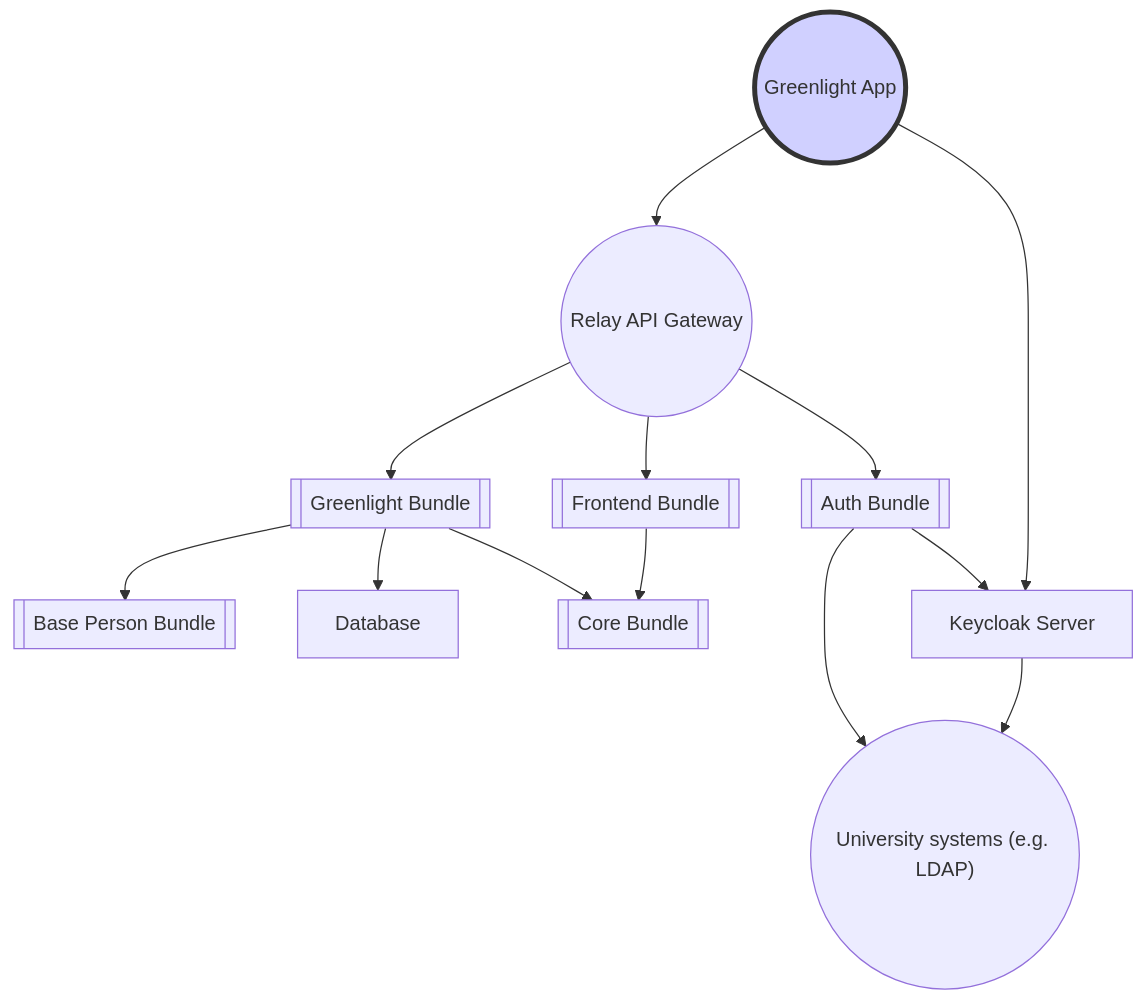
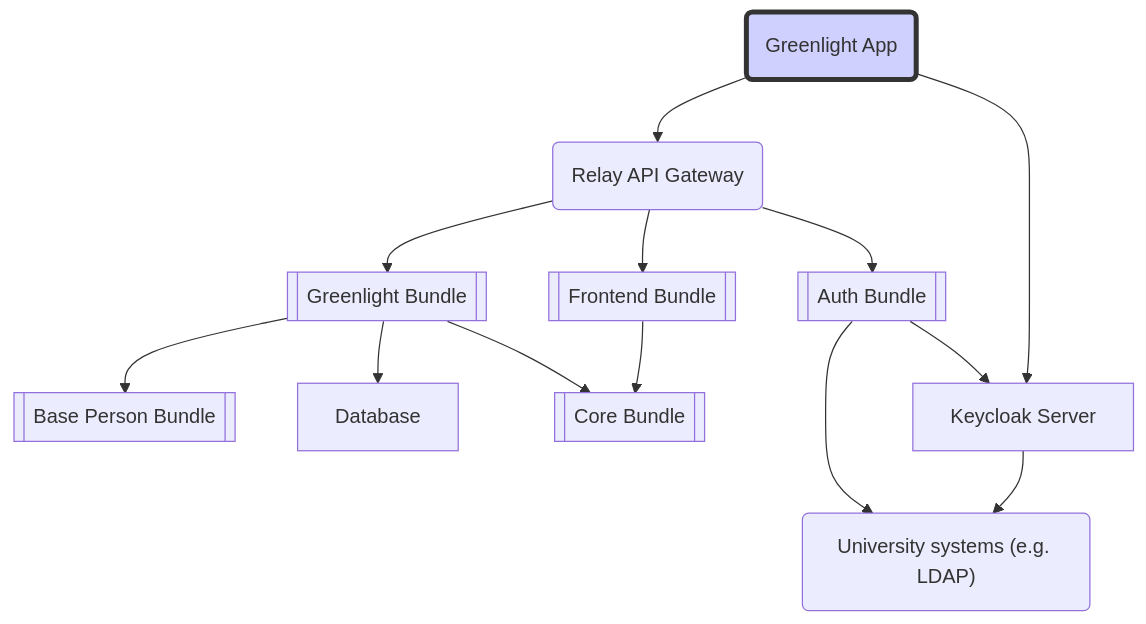
Before and after one commit to digital-blueprint/handbook: the diagram in docs/blueprints/greenlight.md, drawn with Mermaid. The commit also changed 2 other files, not shown here.

Commit message:
blueprints: remove the mermaid links for now
they are all broken, but the targets don't have a fixed position yet,
so just remove them for now

````diff
--- a/docs/blueprints/greenlight.md
+++ b/docs/blueprints/greenlight.md
@@ -31,25 +31,17 @@
 ```{.mermaid style="max-width:600px; margin: auto"}
 graph TB
-    frontend((Greenlight App))-->relay((Relay API Gateway))
+    frontend(Greenlight App)-->relay(Relay API Gateway)
     frontend-->keycloak[Keycloak Server]
     relay-->greenlight-bundle[[Greenlight Bundle]]
     relay-->frontend-bundle[[Frontend Bundle]]
     relay-->auth-bundle[[Auth Bundle]]
     greenlight-bundle-->base-person-bundle[[Base Person Bundle]]
     greenlight-bundle-->database[Database]
     greenlight-bundle-->core-bundle[[Core Bundle]]
     frontend-bundle-->core-bundle
-    auth-bundle-->local-system(("University systems (e.g. LDAP)"))
+    auth-bundle-->local-system("University systems (e.g. LDAP)")
     auth-bundle-->keycloak
     keycloak-->local-system
 
     style frontend fill:#d0d0ff,stroke:#333,stroke-width:4px
-    click frontend "/site/software/greenlight.html#frontend-app" "Greenlight App"
-    click keycloak "/site/software/greenlight.html#keycloak-server" "Keycloak Server"
-    click relay "/site/software/greenlight.html#relay-api" "Relay API"
-    click greenlight-bundle "/site/software/greenlight.html#relay-api" "Relay API"
-    click frontend-bundle "/site/software/greenlight.html#relay-api" "Relay API"
-    click base-person-bundle "/site/components/base-person-bundle.html" "Base Person Bundle"
-    click core-bundle "/site/software/greenlight.html#relay-api" "Relay API"
-    click auth-bundle "/site/software/greenlight.html#relay-api" "Relay API"
 ```
````
